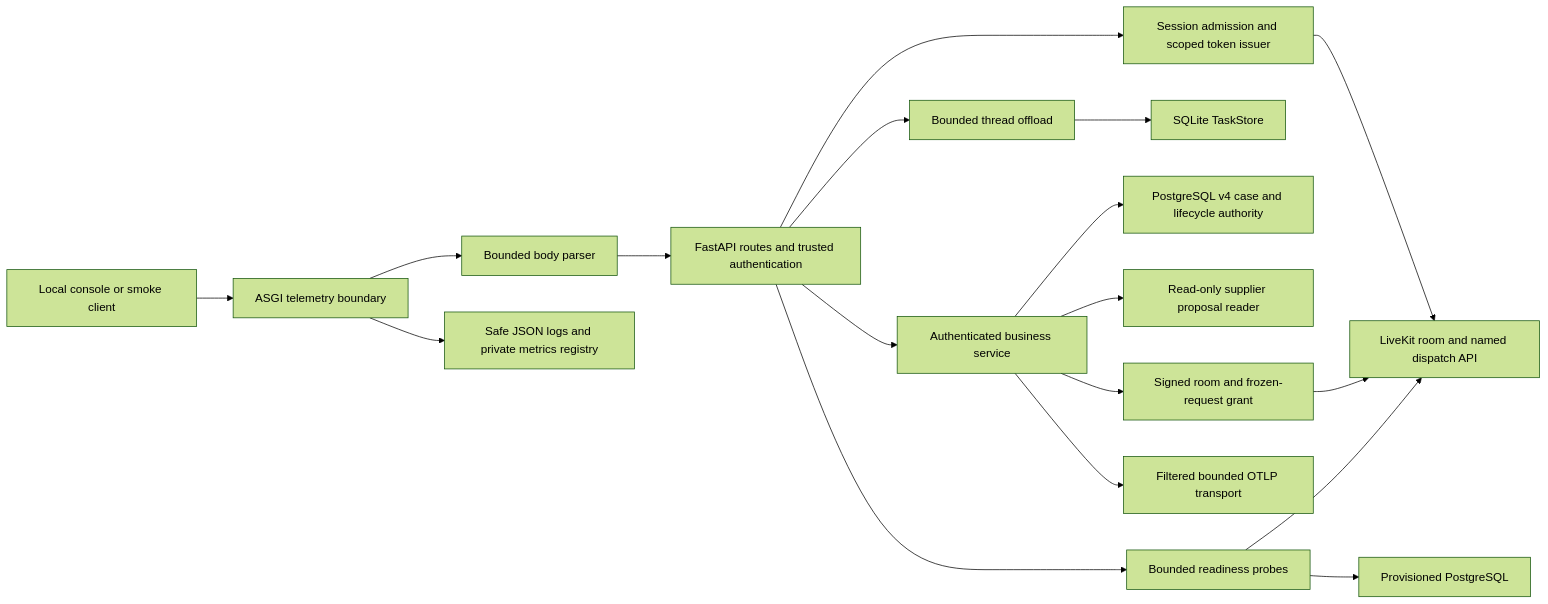
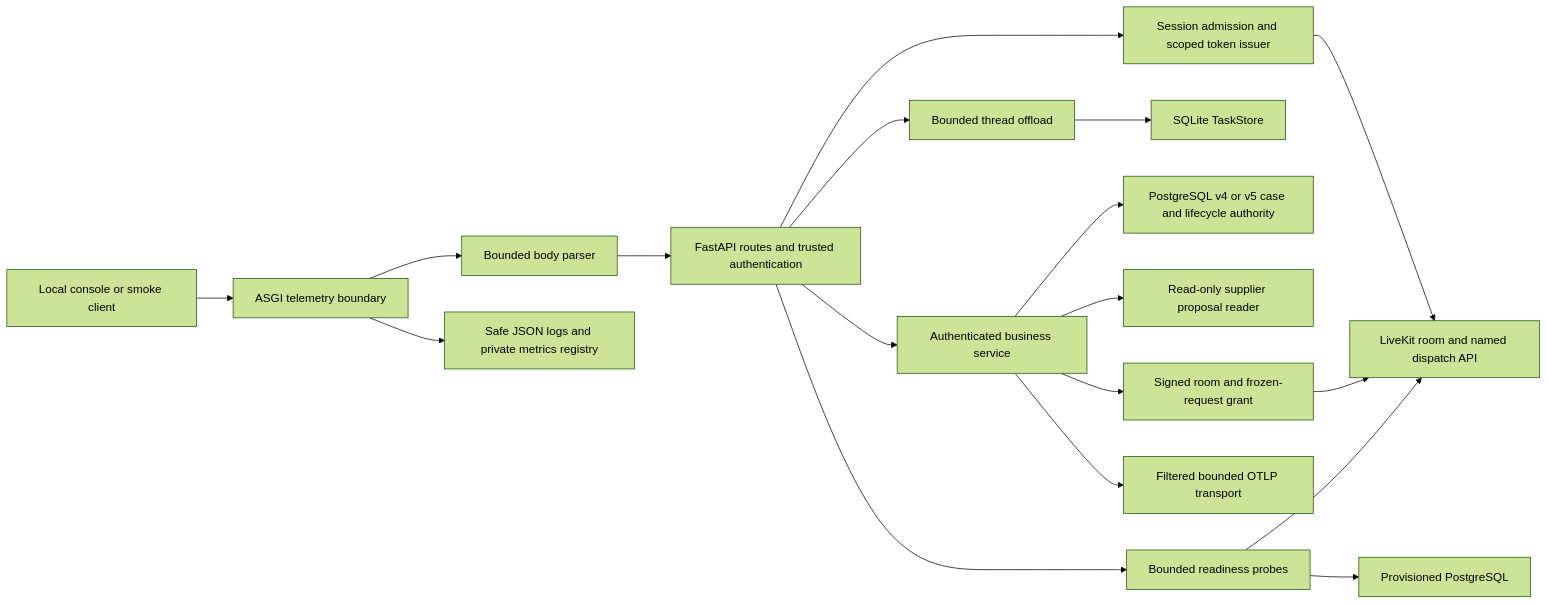
Before and after one commit to rostwal95/livekit-poc: the first of 3 diagrams in services/control_api/Design.md, drawn with Mermaid (forest theme). The commit also changed other lines of this file and 1142 other files, not shown here.

````diff
--- a/services/control_api/Design.md
+++ b/services/control_api/Design.md
@@ -117,20 +117,20 @@
 ```mermaid
 flowchart LR
     Browser[Local console or smoke client] --> Telemetry[ASGI telemetry boundary]
     Telemetry --> Body[Bounded body parser]
     Body --> Routes[FastAPI routes and trusted authentication]
     Routes --> Session[Session admission and scoped token issuer]
     Session --> LiveKit[LiveKit room and named dispatch API]
     Routes --> IO[Bounded thread offload]
     IO --> Store[SQLite TaskStore]
     Routes --> Business[Authenticated business service]
-    Business --> PGCase[PostgreSQL v4 case and lifecycle authority]
+    Business --> PGCase[PostgreSQL v4 or v5 case and lifecycle authority]
     Business --> Quote[Read-only supplier proposal reader]
     Business --> Grant[Signed room and frozen-request grant]
     Grant --> LiveKit
     Business --> Traces[Filtered bounded OTLP transport]
     Routes --> Ready[Bounded readiness probes]
     Ready --> PostgreSQL[Provisioned PostgreSQL]
     Ready --> LiveKit
     Telemetry --> Signals[Safe JSON logs and private metrics registry]
 ```
````
